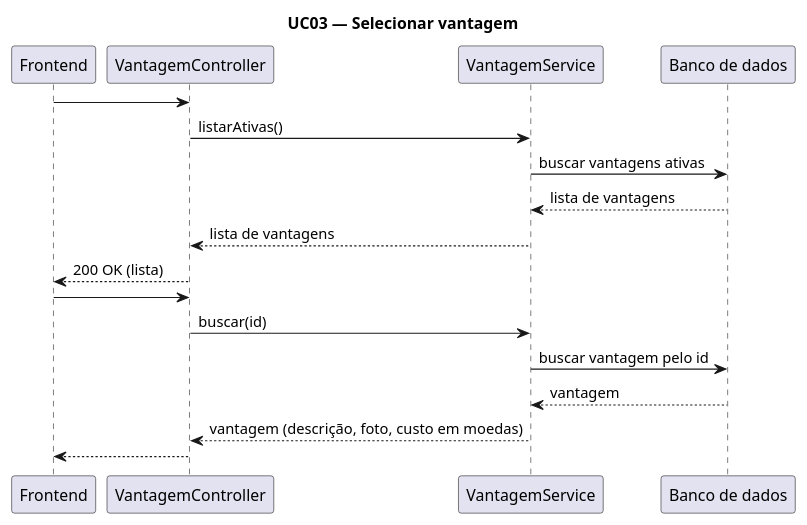
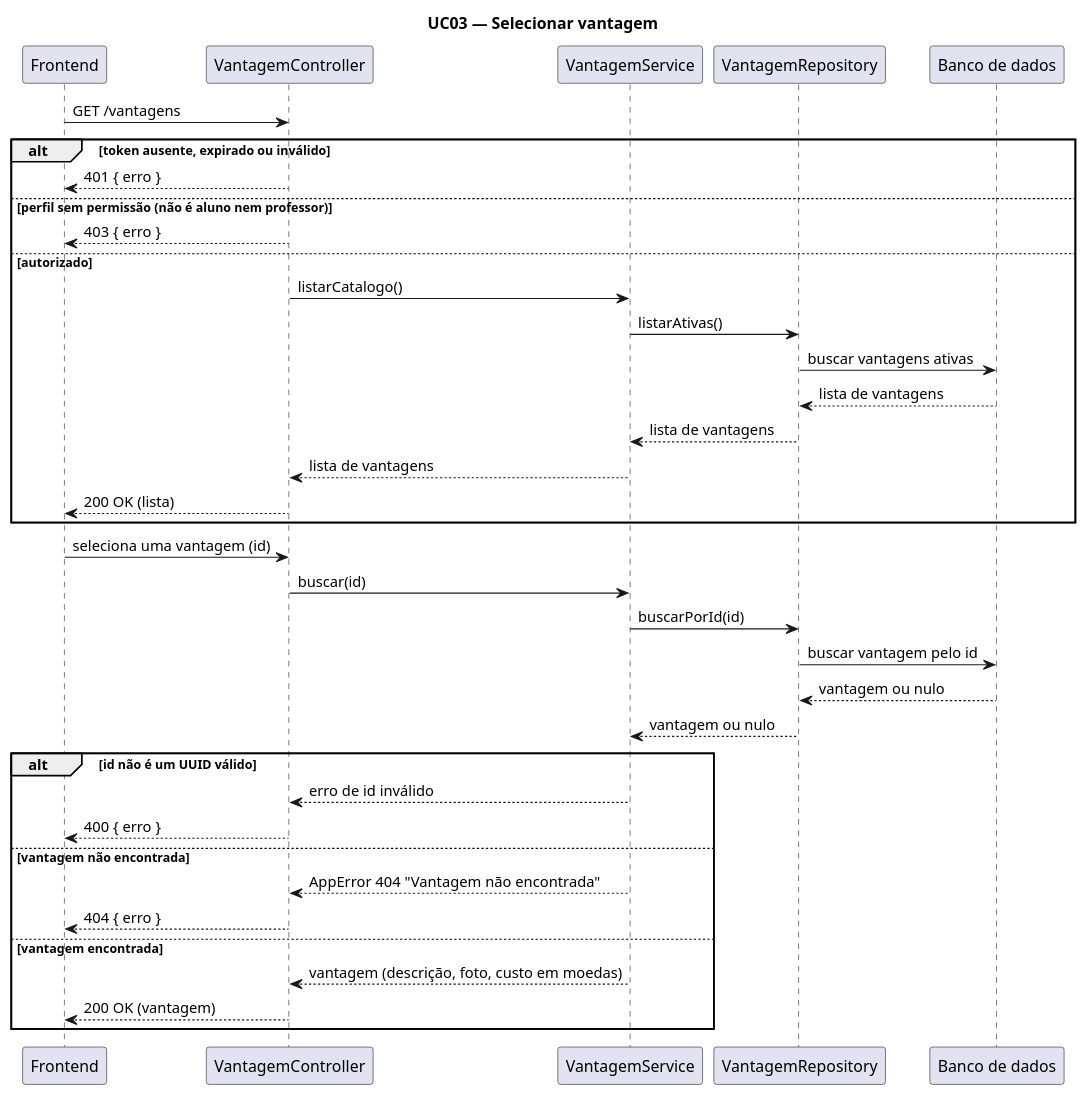
One commit to brunokilo/lab03-projetoSoftware changed the diagram in docs/diagramas/sequencia/uc03-selecionar-vantagem.puml. Above: the diagram before and after it, drawn with PlantUML. The commit also changed 3 other files, not shown here.

Commit message:
docs: correcao diagramas 02 e 03

```diff
--- a/docs/diagramas/sequencia/uc03-selecionar-vantagem.puml
+++ b/docs/diagramas/sequencia/uc03-selecionar-vantagem.puml
@@ -1,22 +1,41 @@
 @startuml sequencia_selecionar_vantagem
 title UC03 — Selecionar vantagem
 
 participant Frontend
 participant VantagemController
 participant VantagemService
+participant VantagemRepository
 participant "Banco de dados" as BD
 
-Frontend -> VantagemController : 
-VantagemController -> VantagemService : listarAtivas()
-VantagemService -> BD : buscar vantagens ativas
-BD --> VantagemService : lista de vantagens
-VantagemService --> VantagemController : lista de vantagens
-VantagemController --> Frontend : 200 OK (lista)
+Frontend -> VantagemController : GET /vantagens
+alt token ausente, expirado ou inválido
+  VantagemController --> Frontend : 401 { erro }
+else perfil sem permissão (não é aluno nem professor)
+  VantagemController --> Frontend : 403 { erro }
+else autorizado
+  VantagemController -> VantagemService : listarCatalogo()
+  VantagemService -> VantagemRepository : listarAtivas()
+  VantagemRepository -> BD : buscar vantagens ativas
+  BD --> VantagemRepository : lista de vantagens
+  VantagemRepository --> VantagemService : lista de vantagens
+  VantagemService --> VantagemController : lista de vantagens
+  VantagemController --> Frontend : 200 OK (lista)
+end
 
-Frontend -> VantagemController : 
+Frontend -> VantagemController : seleciona uma vantagem (id)
 VantagemController -> VantagemService : buscar(id)
-VantagemService -> BD : buscar vantagem pelo id
-BD --> VantagemService : vantagem
-VantagemService --> VantagemController : vantagem (descrição, foto, custo em moedas)
-VantagemController --> Frontend : 
+VantagemService -> VantagemRepository : buscarPorId(id)
+VantagemRepository -> BD : buscar vantagem pelo id
+BD --> VantagemRepository : vantagem ou nulo
+VantagemRepository --> VantagemService : vantagem ou nulo
+alt id não é um UUID válido
+  VantagemService --> VantagemController : erro de id inválido
+  VantagemController --> Frontend : 400 { erro }
+else vantagem não encontrada
+  VantagemService --> VantagemController : AppError 404 "Vantagem não encontrada"
+  VantagemController --> Frontend : 404 { erro }
+else vantagem encontrada
+  VantagemService --> VantagemController : vantagem (descrição, foto, custo em moedas)
+  VantagemController --> Frontend : 200 OK (vantagem)
+end
 @enduml
```
